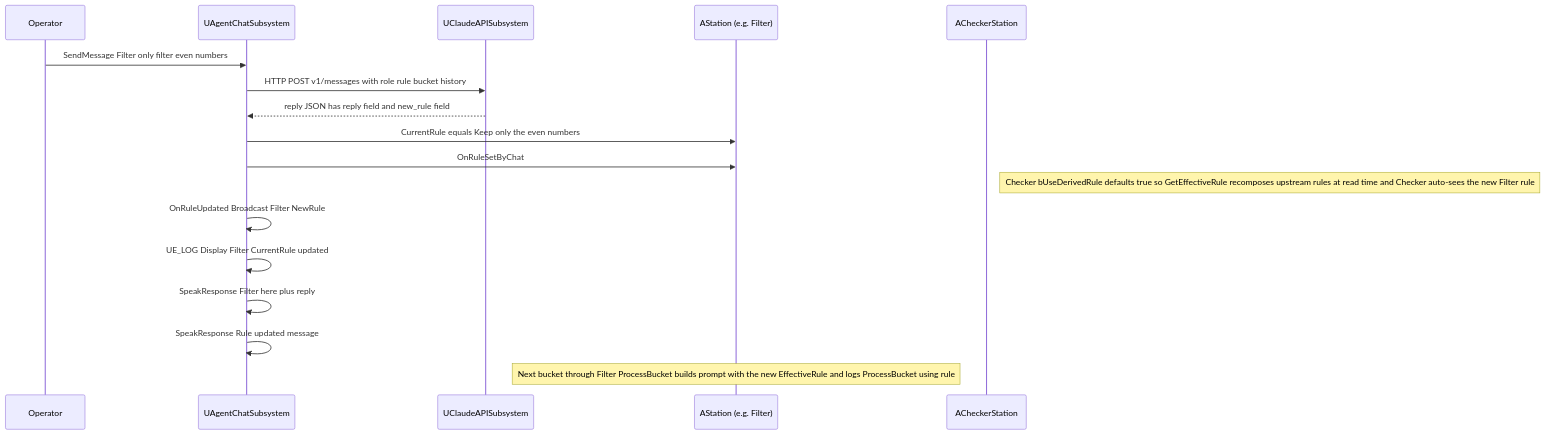
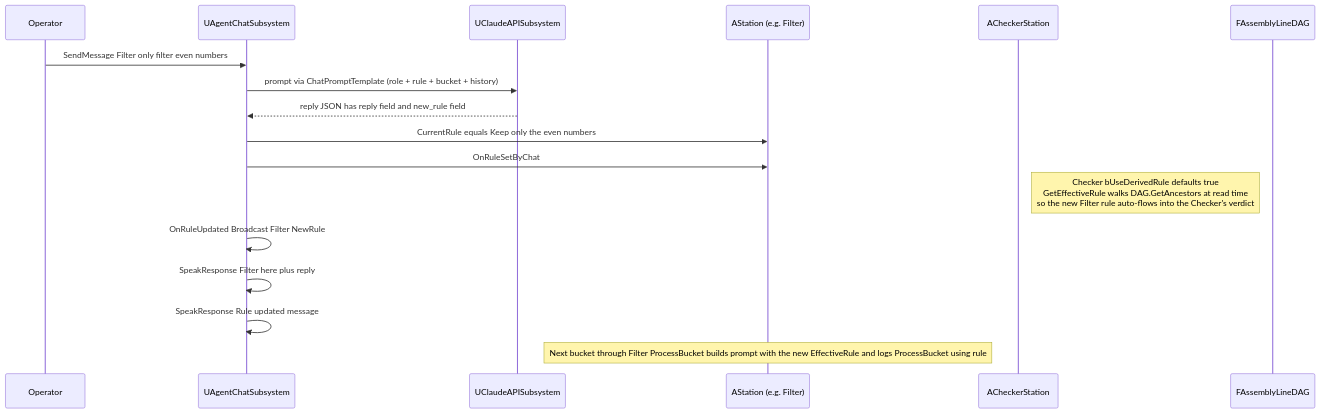
Before and after one commit to eyupgurel/AssemblyLineSimul: the sixth of 7 diagrams in README.md, drawn with Mermaid. The commit also changed other lines of this file, not shown here.

First line of the commit message:
README: catch up to stories 26-32b (orchestrator + DAG executor)

````diff
--- a/README.md
+++ b/README.md
@@ -267,22 +391,22 @@
 ```mermaid
 sequenceDiagram
   participant U as Operator
   participant Chat as UAgentChatSubsystem
   participant CA as UClaudeAPISubsystem
   participant St as AStation (e.g. Filter)
   participant Ck as ACheckerStation
+  participant DAG as FAssemblyLineDAG
 
   U->>Chat: SendMessage Filter only filter even numbers
-  Chat->>CA: HTTP POST v1/messages with role rule bucket history
+  Chat->>CA: prompt via ChatPromptTemplate (role + rule + bucket + history)
   CA-->>Chat: reply JSON has reply field and new_rule field
 
   Chat->>St: CurrentRule equals Keep only the even numbers
   Chat->>St: OnRuleSetByChat
-  Note right of Ck: Checker bUseDerivedRule defaults true so GetEffectiveRule recomposes upstream rules at read time and Checker auto-sees the new Filter rule
+  Note right of Ck: Checker bUseDerivedRule defaults true<br/>GetEffectiveRule walks DAG.GetAncestors at read time<br/>so the new Filter rule auto-flows into the Checker's verdict
   Chat->>Chat: OnRuleUpdated Broadcast Filter NewRule
-  Chat->>Chat: UE_LOG Display Filter CurrentRule updated
   Chat->>Chat: SpeakResponse Filter here plus reply
   Chat->>Chat: SpeakResponse Rule updated message
 
   Note over St: Next bucket through Filter ProcessBucket builds prompt with the new EffectiveRule and logs ProcessBucket using rule
 ```
````
